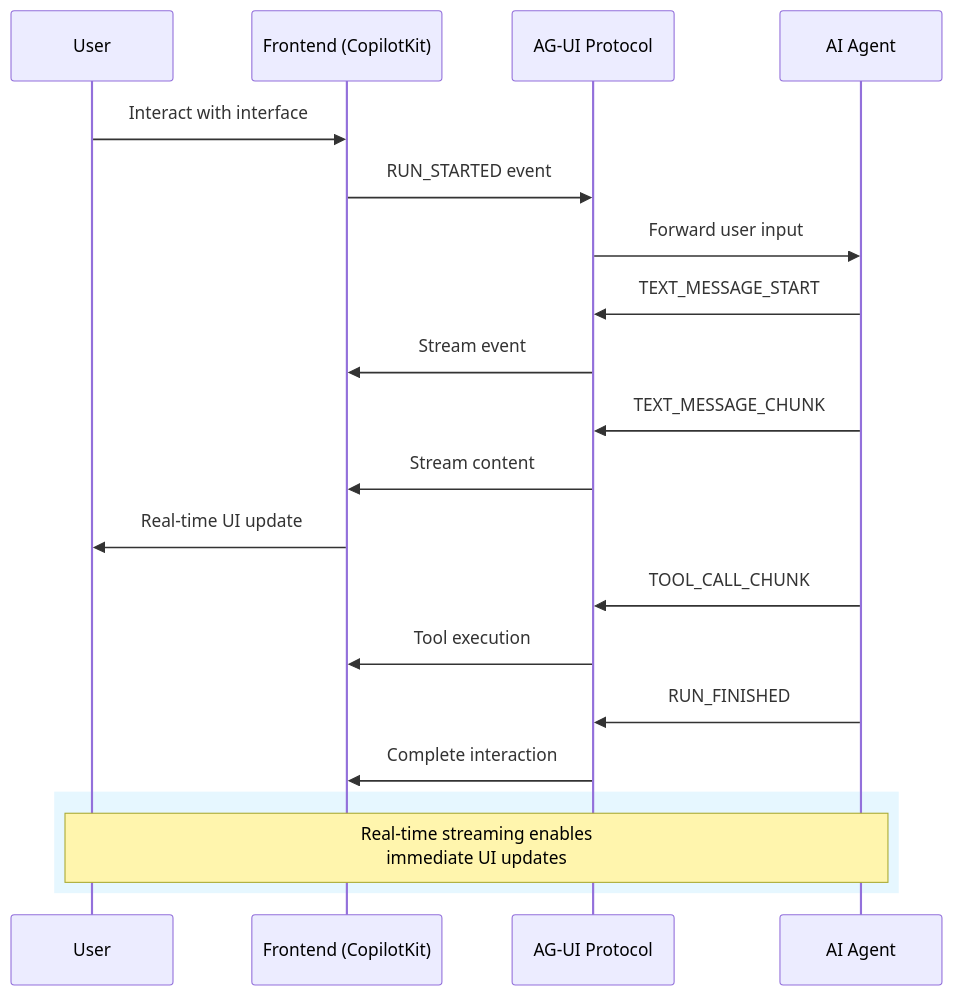
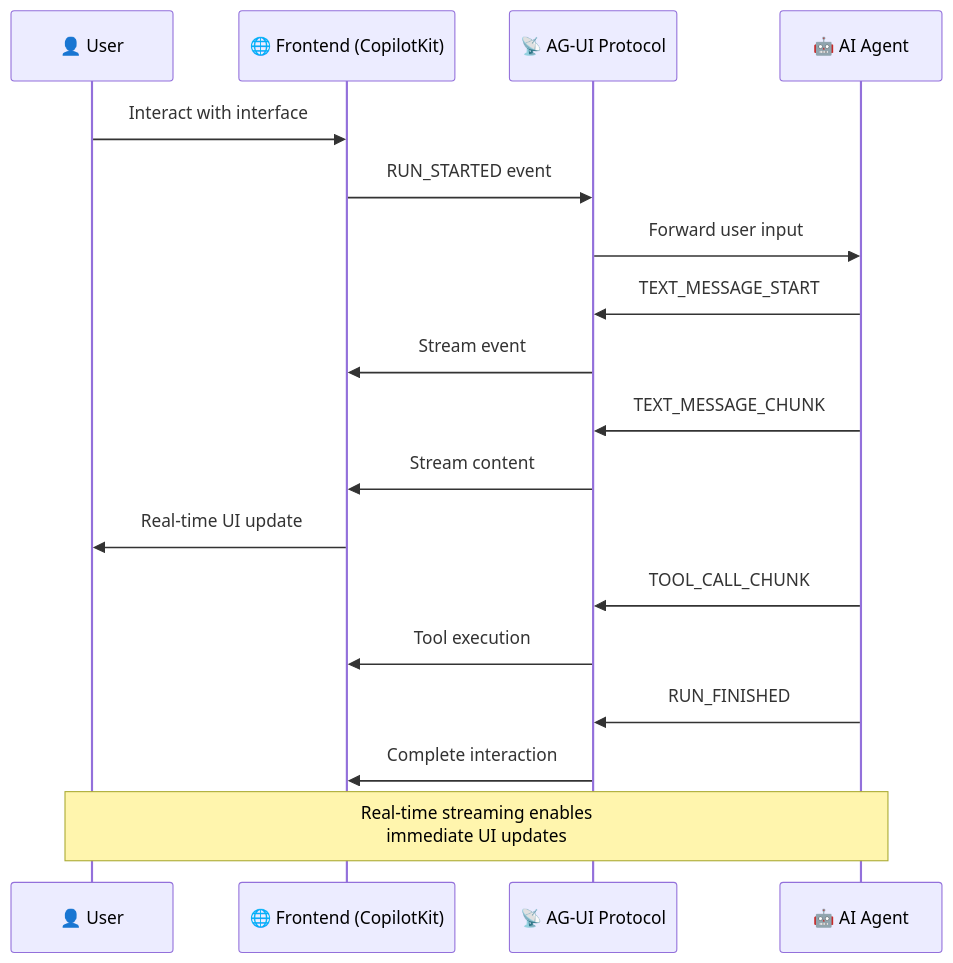
One commit to raphaelmansuy/tutorials changed the seventh of 9 diagrams in 33_ag_ui.md. Above: the diagram before and after it, drawn with Mermaid. The commit also changed other lines of this file, not shown here.

Commit message:
Enhance AG-UI tutorial with improved Mermaid diagrams, adding icons and styles for better visualization and clarity in integration challenges and protocol comparisons.

````diff
--- a/33_ag_ui.md
+++ b/33_ag_ui.md
@@ -341,24 +393,22 @@
 ```mermaid
 sequenceDiagram
-    participant U as User
-    participant UI as Frontend (CopilotKit)
-    participant AG as AG-UI Protocol
-    participant AI as AI Agent
+    participant U as 👤 User
+    participant UI as 🌐 Frontend (CopilotKit)
+    participant AG as 📡 AG-UI Protocol
+    participant AI as 🤖 AI Agent
     
     U->>UI: Interact with interface
     UI->>AG: RUN_STARTED event
     AG->>AI: Forward user input
     AI->>AG: TEXT_MESSAGE_START
     AG->>UI: Stream event
     AI->>AG: TEXT_MESSAGE_CHUNK
     AG->>UI: Stream content
     UI->>U: Real-time UI update
     AI->>AG: TOOL_CALL_CHUNK
     AG->>UI: Tool execution
     AI->>AG: RUN_FINISHED
     AG->>UI: Complete interaction
     
-    rect rgb(230, 247, 255)
-    note over U,AI: Real-time streaming enables<br/>immediate UI updates
-    end
+    Note over U,AI: Real-time streaming enables<br/>immediate UI updates
 ```
````
